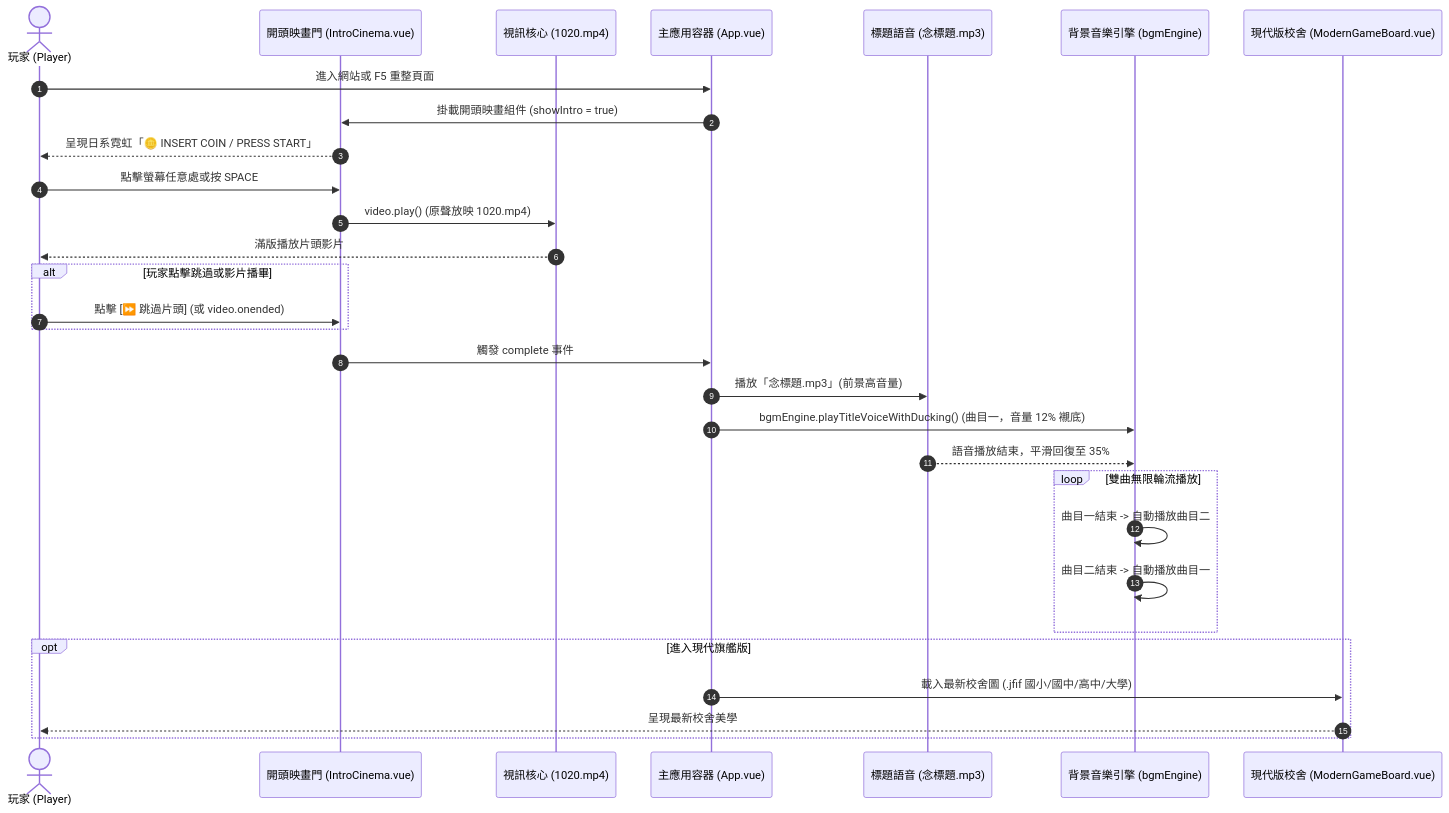
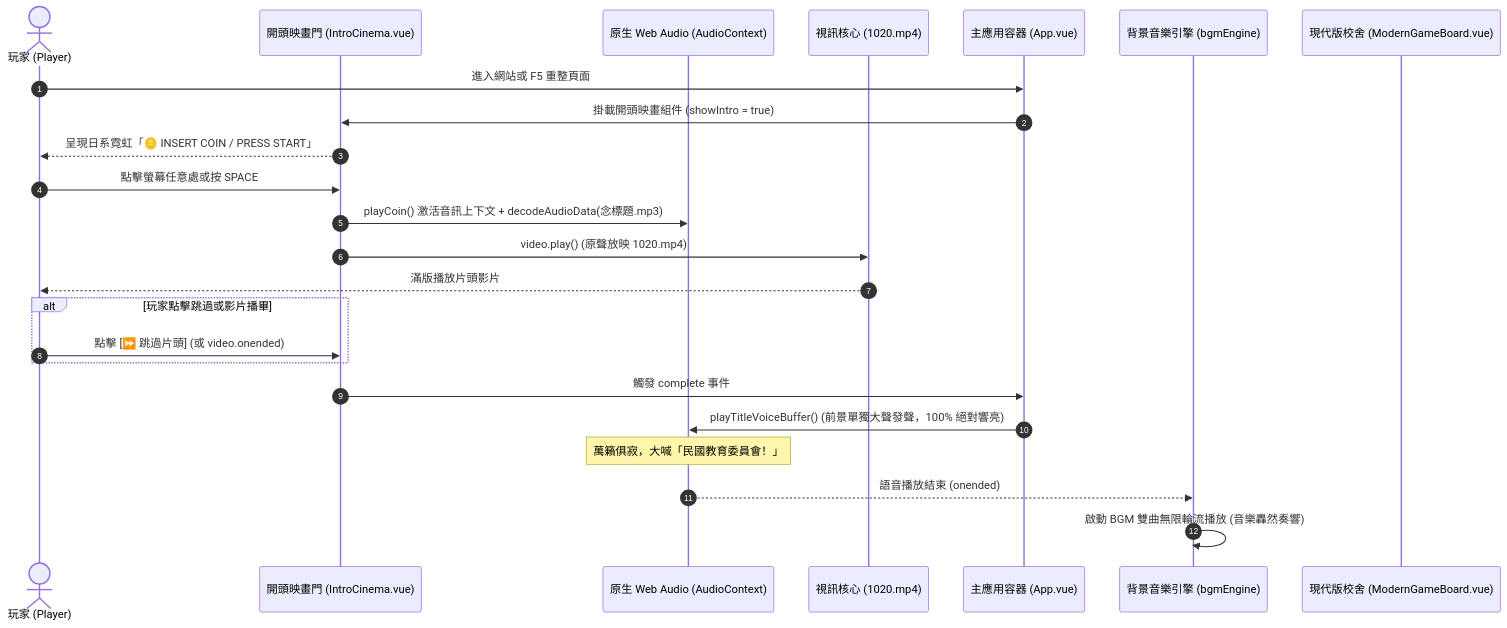
One commit to rossiho23/republiceducation2026 changed diagram 15 of 15 in spec.md. Above: the diagram before and after it, drawn with Mermaid. The commit also changed other lines of this file and 8 other files, not shown here.

Commit message:
fix: Web Audio API 原生緩衝解碼標題語音與純序列震撼發聲 (v2.5.1)

````diff
--- a/spec.md
+++ b/spec.md
@@ -825,36 +827,28 @@
 ```mermaid
 sequenceDiagram
     autonumber
     actor Player as 玩家 (Player)
     participant Cinema as 開頭映畫門 (IntroCinema.vue)
+    participant AudioContext as 原生 Web Audio (AudioContext)
     participant Video as 視訊核心 (1020.mp4)
     participant App as 主應用容器 (App.vue)
-    participant TitleVoice as 標題語音 (念標題.mp3)
     participant BGM as 背景音樂引擎 (bgmEngine)
     participant ModernBoard as 現代版校舍 (ModernGameBoard.vue)
 
     Player->>App: 進入網站或 F5 重整頁面
     App->>Cinema: 掛載開頭映畫組件 (showIntro = true)
     Cinema-->>Player: 呈現日系霓虹「🪙 INSERT COIN / PRESS START」
     Player->>Cinema: 點擊螢幕任意處或按 SPACE
+    Cinema->>AudioContext: playCoin() 激活音訊上下文 + decodeAudioData(念標題.mp3)
     Cinema->>Video: video.play() (原聲放映 1020.mp4)
     Video-->>Player: 滿版播放片頭影片
 
     alt 玩家點擊跳過或影片播畢
         Player->>Cinema: 點擊 [⏩ 跳過片頭] (或 video.onended)
     end
     Cinema->>App: 觸發 complete 事件
-    App->>TitleVoice: 播放「念標題.mp3」(前景高音量)
-    App->>BGM: bgmEngine.playTitleVoiceWithDucking() (曲目一，音量 12% 襯底)
-    TitleVoice-->>BGM: 語音播放結束，平滑回復至 35%
-    
-    loop 雙曲無限輪流播放
-        BGM->>BGM: 曲目一結束 -> 自動播放曲目二
-        BGM->>BGM: 曲目二結束 -> 自動播放曲目一
-    end
-
-    opt 進入現代旗艦版
-        App->>ModernBoard: 載入最新校舍圖 (.jfif 國小/國中/高中/大學)
-        ModernBoard-->>Player: 呈現最新校舍美學
-    end
+    App->>AudioContext: playTitleVoiceBuffer() (前景單獨大聲發聲，100% 絕對響亮)
+    Note over AudioContext: 萬籟俱寂，大喊「民國教育委員會！」
+    AudioContext-->>BGM: 語音播放結束 (onended)
+    BGM->>BGM: 啟動 BGM 雙曲無限輪流播放 (音樂轟然奏響)
 ```
````
